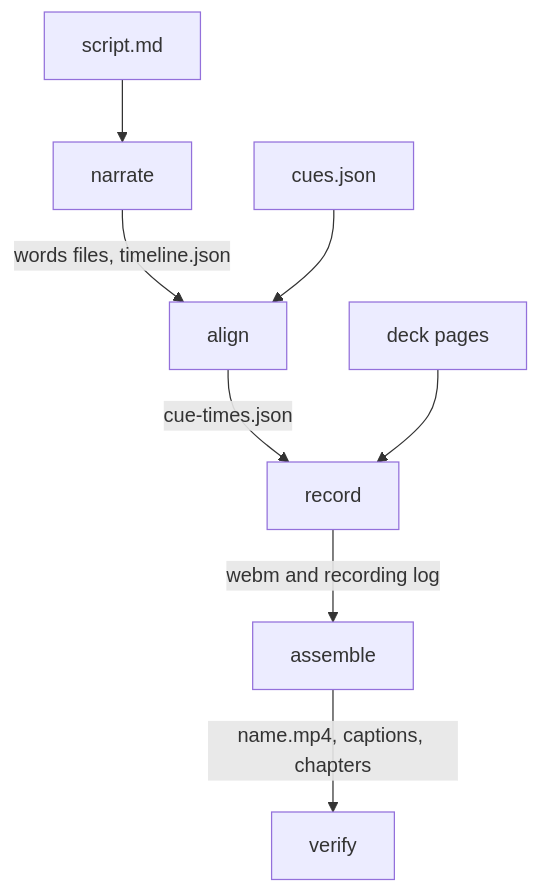
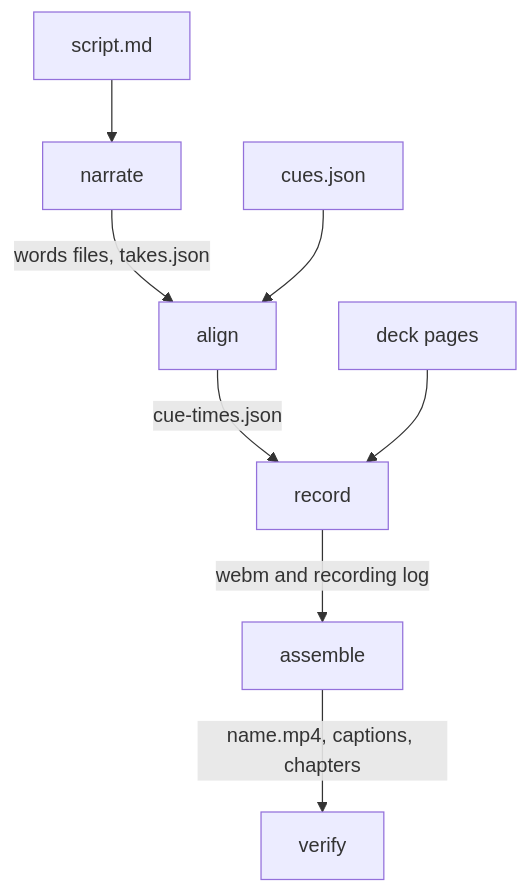
One commit to jacobcbeaudin/decktalk changed the diagram in docs/concepts/how-it-works.mdx. Above: the diagram before and after it, drawn with Mermaid. The commit also changed other lines of this file and 65 other files, not shown here.

````diff
--- a/docs/concepts/how-it-works.mdx
+++ b/docs/concepts/how-it-works.mdx
@@ -30,10 +30,10 @@
 ```mermaid
 flowchart TB
   S["script.md"] --> narrate
-  narrate -- "words files, timeline.json" --> align
+  narrate -- "words files, takes.json" --> align
   C["cues.json"] --> align
   align -- "cue-times.json" --> record
   P["deck pages"] --> record
   record -- "webm and recording log" --> assemble
   assemble -- "name.mp4, captions, chapters" --> verify
 ```
````
